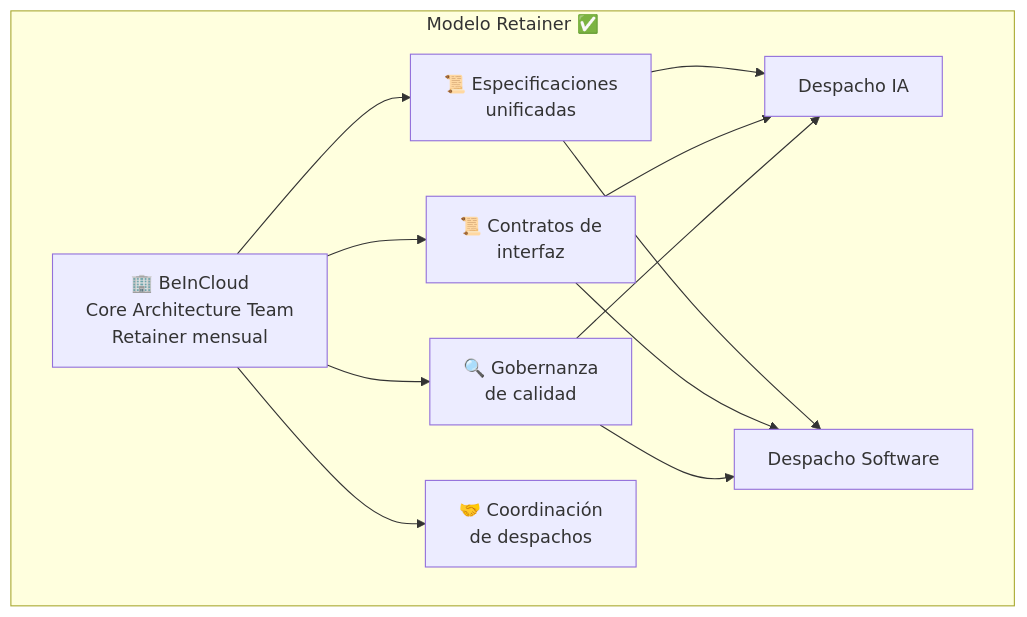
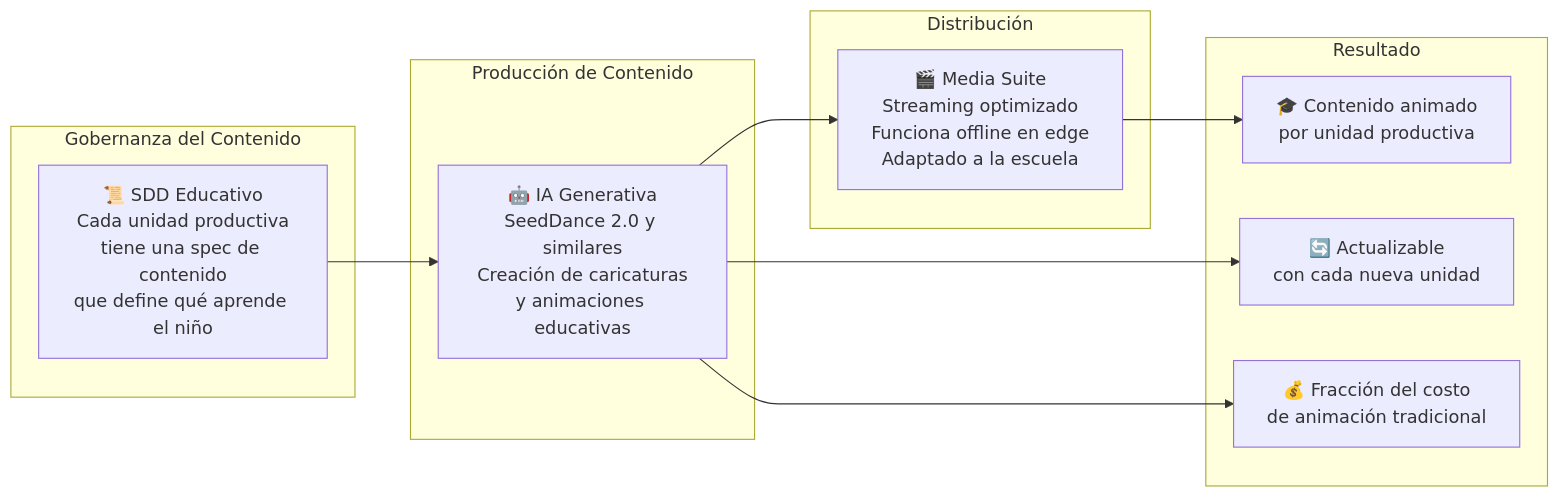
Before and after one commit to gabogosp/Aldea-Maya-Digital-Backbone: the fourth of 5 diagrams in 05-roadmap-economics.md, drawn with Mermaid. The commit also changed other lines of this file and 6 other files, not shown here.

````diff
--- a/05-roadmap-economics.md
+++ b/05-roadmap-economics.md
@@ -90,16 +162,27 @@
 ```mermaid
-graph TD
-    subgraph "Modelo Retainer ✅"
-        BIC[🏢 BeInCloud<br/>Core Architecture Team<br/>Retainer mensual] --> SPEC[📜 Especificaciones<br/>unificadas]
-        BIC --> CONT[📜 Contratos de<br/>interfaz]
-        BIC --> GOV[🔍 Gobernanza<br/>de calidad]
-        BIC --> COORD[🤝 Coordinación<br/>de despachos]
+graph LR
+    subgraph "Producción de Contenido"
+        IA_GEN[🤖 IA Generativa<br/>SeedDance 2.0 y similares<br/>Creación de caricaturas<br/>y animaciones educativas]
+    end
 
-        SPEC --> D1[Despacho IA]
-        SPEC --> D2[Despacho Software]
-        CONT --> D1
-        CONT --> D2
-        GOV --> D1
-        GOV --> D2
+    subgraph "Distribución"
+        MEDIA[🎬 Media Suite<br/>Streaming optimizado<br/>Funciona offline en edge<br/>Adaptado a la escuela]
     end
+
+    subgraph "Gobernanza del Contenido"
+        SDD_EDU[📜 SDD Educativo<br/>Cada unidad productiva<br/>tiene una spec de contenido<br/>que define qué aprende el niño]
+    end
+
+    IA_GEN --> MEDIA
+    SDD_EDU --> IA_GEN
+
+    subgraph "Resultado"
+        R1[🎓 Contenido animado<br/>por unidad productiva]
+        R2[🔄 Actualizable<br/>con cada nueva unidad]
+        R3[💰 Fracción del costo<br/>de animación tradicional]
+    end
+
+    MEDIA --> R1
+    IA_GEN --> R2
+    IA_GEN --> R3
 ```
````
